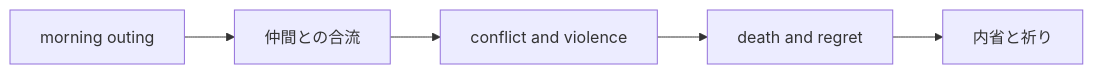
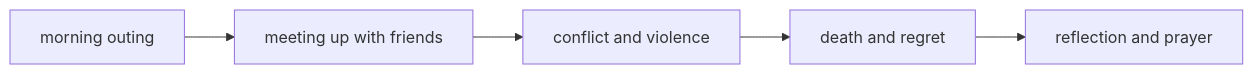
Before and after one commit to monumental-movement/monumental-movement.github.io: the diagram in en/_posts/2026-01-31-column-kendrick-lamar.md, drawn with Mermaid. The commit also changed other lines of this file and 851 other files, not shown here.

```diff
--- a/en/_posts/2026-01-31-column-kendrick-lamar.md
+++ b/en/_posts/2026-01-31-column-kendrick-lamar.md
@@ -91,7 +91,7 @@
 <div class="mermaid">
 flowchart LR
-A[morning outing] --> B[仲間との合流]
+A[morning outing] --> B[meeting up with friends]
 B --> C[conflict and violence]
 C --> D[death and regret]
-D --> E[内省と祈り]
+D --> E[reflection and prayer]
 </div>
```
